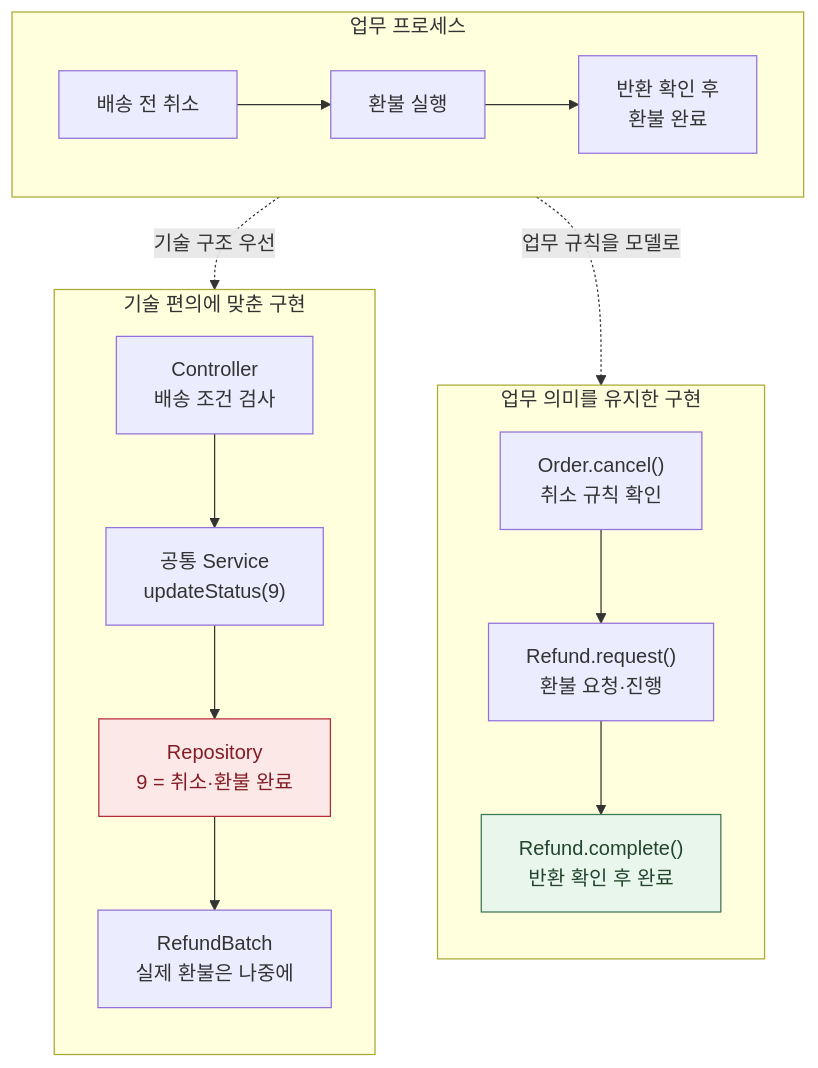
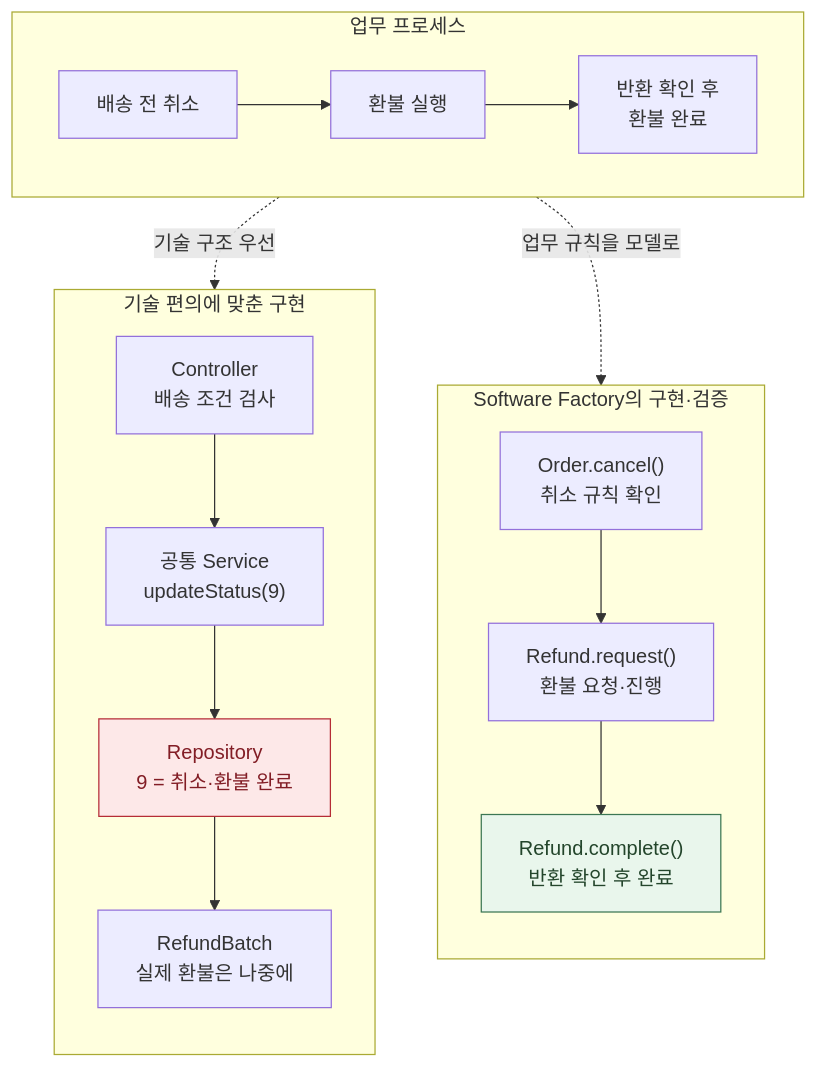
The first of 6 diagrams in _posts/2026-11-05-enterprise-wide-ax-essentials.md (haandol/haandol.github.com), drawn with Mermaid before and after one commit. The commit also changed other lines of this file and 5 other files, not shown here.

````diff
--- a/_posts/2026-11-05-enterprise-wide-ax-essentials.md
+++ b/_posts/2026-11-05-enterprise-wide-ax-essentials.md
@@ -45,24 +49,24 @@
 ```mermaid
 flowchart TB
   subgraph B["업무 프로세스"]
     direction LR
     B1["배송 전 취소"] --> B2["환불 실행"] --> B3["반환 확인 후<br/>환불 완료"]
   end
   subgraph T["기술 편의에 맞춘 구현"]
     direction TB
     T1["Controller<br/>배송 조건 검사"] --> T2["공통 Service<br/>updateStatus(9)"]
     T2 --> T3["Repository<br/>9 = 취소·환불 완료"]
     T3 --> T4["RefundBatch<br/>실제 환불은 나중에"]
   end
-  subgraph D["업무 의미를 유지한 구현"]
+  subgraph D["Software Factory의 구현·검증"]
     direction TB
     D1["Order.cancel()<br/>취소 규칙 확인"] --> D2["Refund.request()<br/>환불 요청·진행"]
     D2 --> D3["Refund.complete()<br/>반환 확인 후 완료"]
   end
   B -.->|"기술 구조 우선"| T
   B -.->|"업무 규칙을 모델로"| D
   classDef mismatch fill:#fde8e8,stroke:#b52d36,color:#821d25
   classDef aligned fill:#e9f6ec,stroke:#3c7754,color:#23452b
   class T3 mismatch
   class D3 aligned
 ```
````
